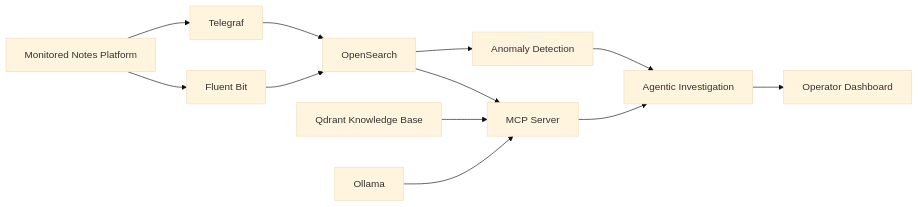
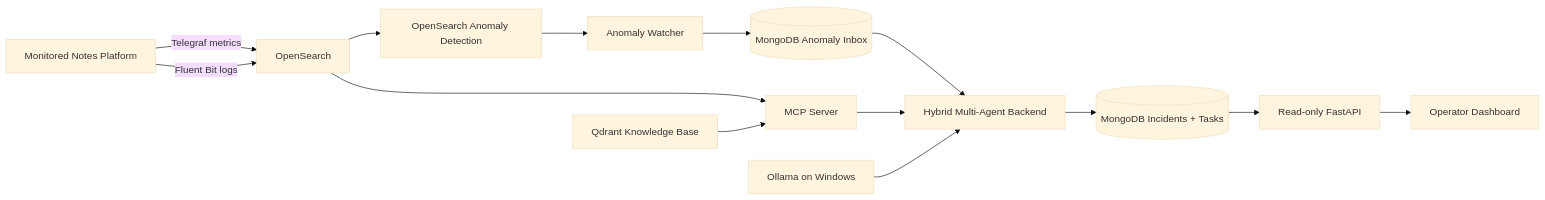
One commit to davidedimarco00/AgenticProactiveMonitor changed the diagram in docs/report/Introduction.md. Above: the diagram before and after it, drawn with Mermaid (base theme). The commit also changed other lines of this file and 7 other files, not shown here.

First line of the commit message:
docs: align site with current agentic backend

````diff
--- a/docs/report/Introduction.md
+++ b/docs/report/Introduction.md
@@ -23,14 +23,16 @@
 ```mermaid
 flowchart LR
-    MS[Monitored Notes Platform] --> T[Telegraf]
-    MS --> F[Fluent Bit]
-    T --> OS[OpenSearch]
-    F --> OS
-    OS --> AD[Anomaly Detection]
+    MS[Monitored Notes Platform] -->|Telegraf metrics| OS[OpenSearch]
+    MS -->|Fluent Bit logs| OS
+    OS --> AD[OpenSearch Anomaly Detection]
+    AD --> WATCH[Anomaly Watcher]
+    WATCH --> INBOX[(MongoDB Anomaly Inbox)]
+    INBOX --> MAS[Hybrid Multi-Agent Backend]
     OS --> MCP[MCP Server]
     KB[Qdrant Knowledge Base] --> MCP
-    OL[Ollama] --> MCP
-    AD --> AG[Agentic Investigation]
-    MCP --> AG
-    AG --> DASH[Operator Dashboard]
+    MCP --> MAS
+    OL[Ollama on Windows] --> MAS
+    MAS --> DB[(MongoDB Incidents + Tasks)]
+    DB --> API[Read-only FastAPI]
+    API --> DASH[Operator Dashboard]
 ```
````
